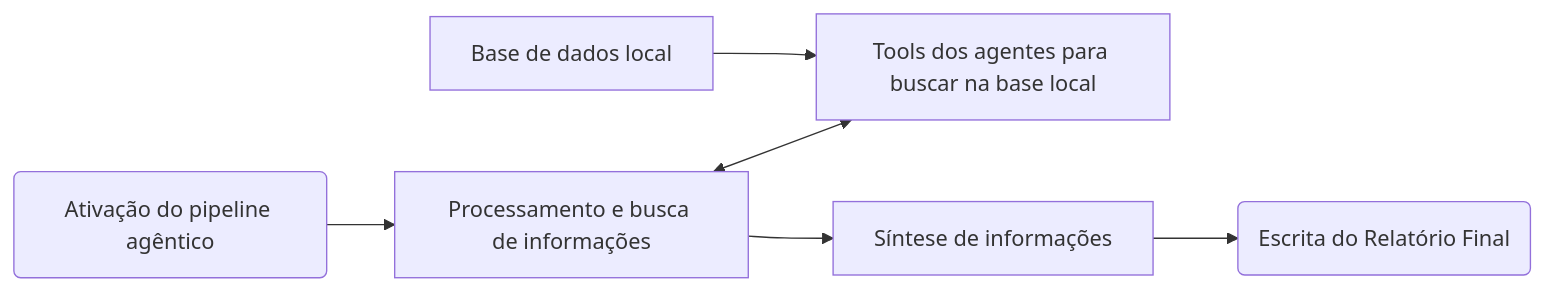
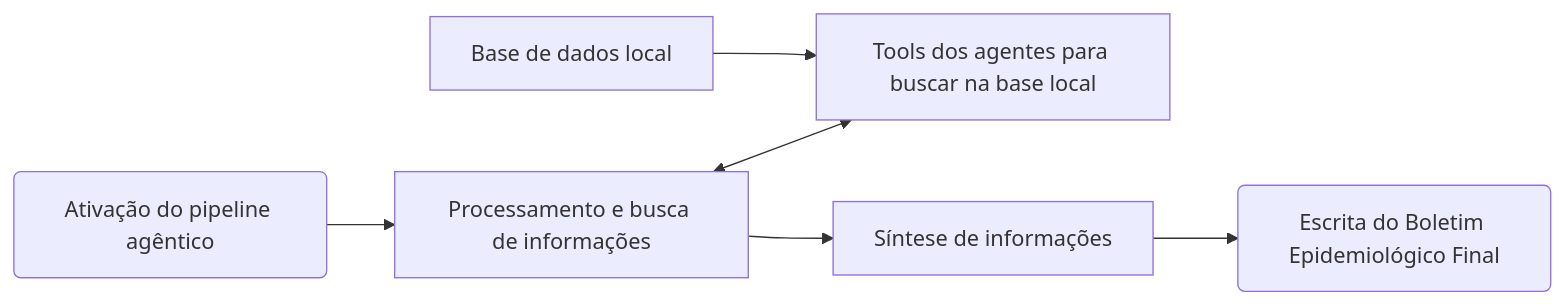
The second of 2 diagrams in docs/planning.md (matheusfabri-indiciumai/desafio-ai-engineer-indicium-2026), drawn with Mermaid before and after one commit. The commit also changed other lines of this file and 3 other files, not shown here.

````diff
--- a/docs/planning.md
+++ b/docs/planning.md
@@ -78,8 +78,8 @@
 ```mermaid
 flowchart LR
     A(Ativação do pipeline agêntico) --> B[Processamento e busca de informações]
     B <--> T[Tools dos agentes para buscar na base local]
     E[Base de dados local] --> T
     B --> C[Síntese de informações]
-    C --> R(Escrita do Relatório Final)
+    C --> R(Escrita do Boletim Epidemiológico Final)
 ```
````
